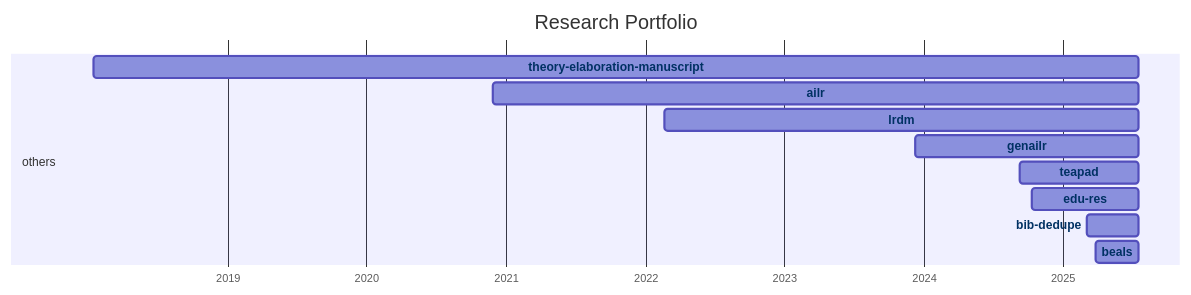
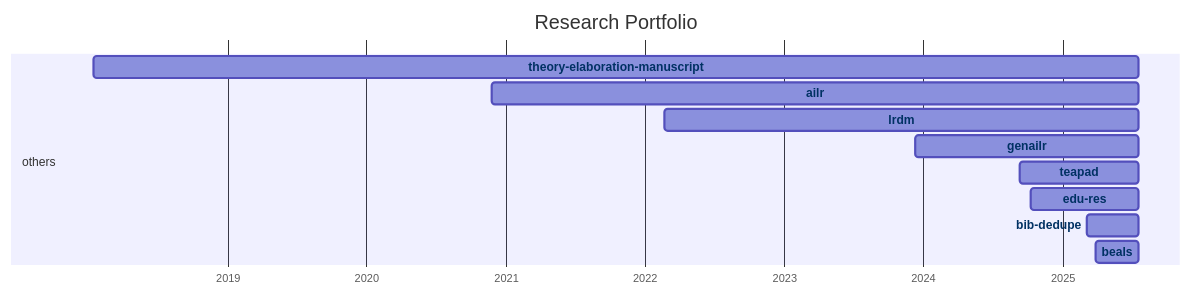
Before and after one commit to digital-work-lab/handbook: the diagram in docs/20-research/25-projects-gantt.md, drawn with Mermaid.

Commit message:
Update repository overview

````diff
--- a/docs/20-research/25-projects-gantt.md
+++ b/docs/20-research/25-projects-gantt.md
@@ -8,35 +8,35 @@
 ```mermaid
 ---
 displayMode: compact
 ---
 gantt
 title Research Portfolio
 dateFormat YYYY-MM-DD
 axisFormat %Y
 
     section work_practices
 
     section distributed_organizing
 
     section knowledge_synthesis
 
     section others
-        beals :beals, 2025-03-28, 2025-07-18
-        bib-dedupe :bib-dedupe, 2025-03-04, 2025-07-18
-        edu-res :edu-res, 2024-10-10, 2025-07-18
-        teapad :teapad, 2024-09-10, 2025-07-18
-        genailr :genailr, 2023-12-10, 2025-07-18
-        lrdm :lrdm, 2022-02-20, 2025-07-18
-        ailr :ailr, 2020-11-26, 2025-07-18
-        theory-elaboration-manuscript :theory-elaboration-manuscript, 2018-01-15, 2025-07-18
+        beals :beals, 2025-03-28, 2025-07-19
+        bib-dedupe :bib-dedupe, 2025-03-04, 2025-07-19
+        edu-res :edu-res, 2024-10-10, 2025-07-19
+        teapad :teapad, 2024-09-10, 2025-07-19
+        genailr :genailr, 2023-12-10, 2025-07-19
+        lrdm :lrdm, 2022-02-20, 2025-07-19
+        ailr :ailr, 2020-11-26, 2025-07-19
+        theory-elaboration-manuscript :theory-elaboration-manuscript, 2018-01-15, 2025-07-19
 
 
     click beals href "{{ site.baseurl }}/docs/10-lab/18-resources/beals.html"
     click bib-dedupe href "{{ site.baseurl }}/docs/10-lab/18-resources/bib-dedupe.html"
     click edu-res href "{{ site.baseurl }}/docs/10-lab/18-resources/edu-res.html"
     click teapad href "{{ site.baseurl }}/docs/10-lab/18-resources/teapad.html"
     click genailr href "{{ site.baseurl }}/docs/10-lab/18-resources/genailr.html"
     click lrdm href "{{ site.baseurl }}/docs/10-lab/18-resources/lrdm.html"
     click ailr href "{{ site.baseurl }}/docs/10-lab/18-resources/ailr.html"
     click theory-elaboration-manuscript href "{{ site.baseurl }}/docs/10-lab/18-resources/theory-elaboration-manuscript.html"
 ```
````
